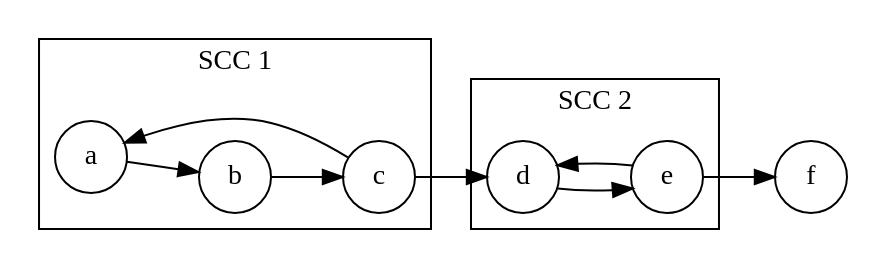
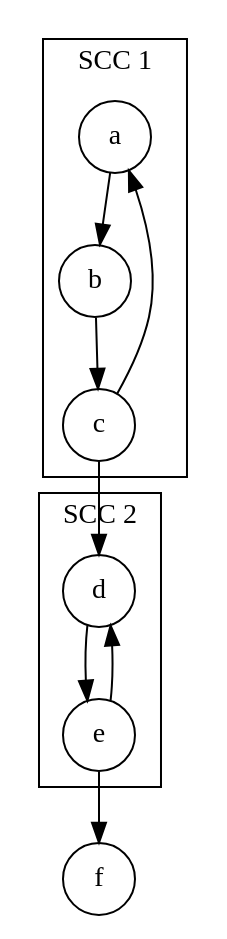
One commit to rodrgds/resumos changed the diagram in src/content/da/componentes.dot. Above: the diagram before and after it, drawn with Graphviz. The commit also changed 3 other files, not shown here.

Commit message:
Keep DA graph labels readable on narrow pages

```diff
--- a/src/content/da/componentes.dot
+++ b/src/content/da/componentes.dot
@@ -1,1 +1,1 @@
-digraph G { rankdir=LR; node [shape=circle]; subgraph cluster_1 { label="SCC 1"; a; b; c; a->b; b->c; c->a; } subgraph cluster_2 { label="SCC 2"; d; e; d->e; e->d; } c->d; e->f; }
+digraph G { rankdir=TB; node [shape=circle]; subgraph cluster_1 { label="SCC 1"; a; b; c; a->b; b->c; c->a; } subgraph cluster_2 { label="SCC 2"; d; e; d->e; e->d; } c->d; e->f; }
```
